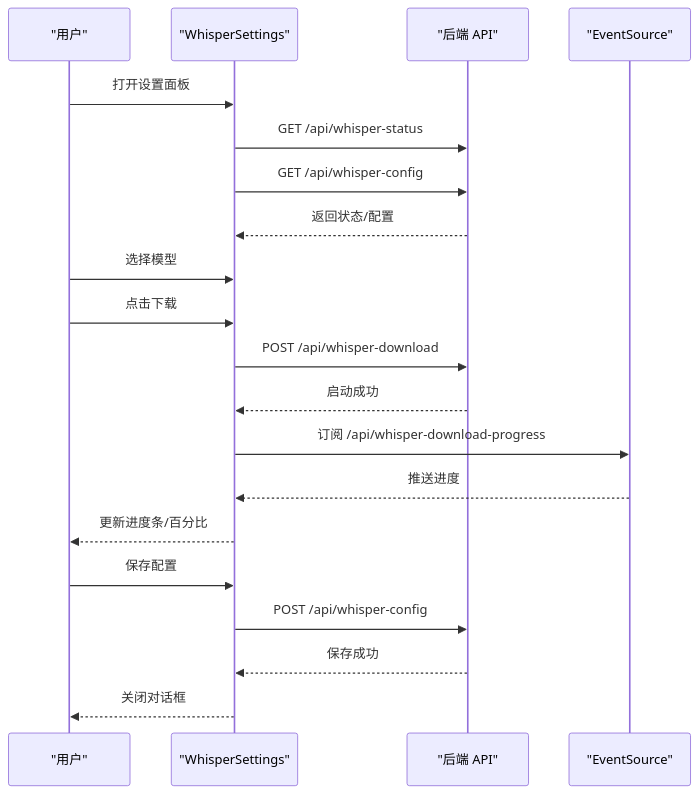
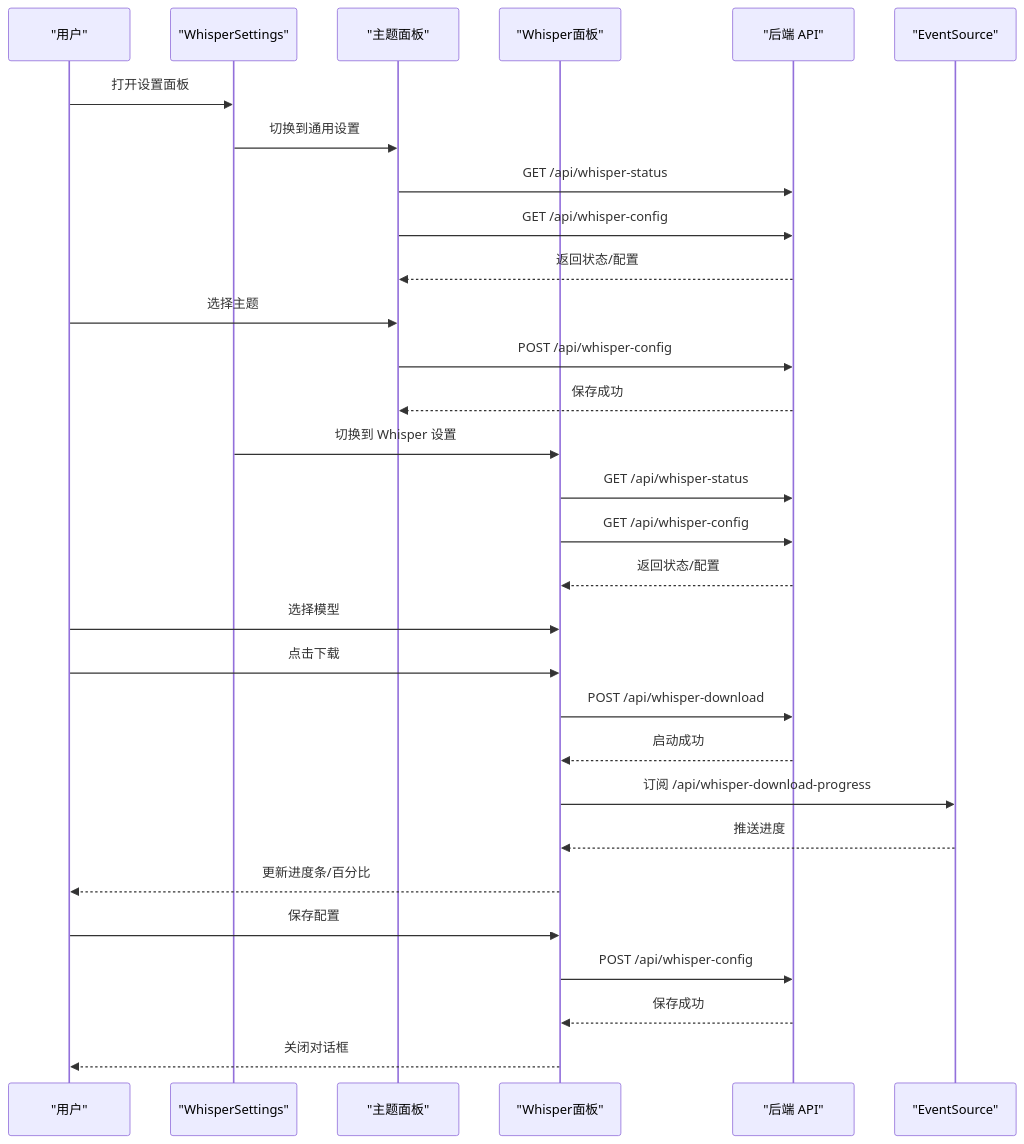
Before and after one commit to clawbotai/memo-flow: the eighth of 17 diagrams in .qoder/repowiki/zh/content/UI 组件系统/UI 组件系统.md, drawn with Mermaid. The commit also changed other lines of this file and 14 other files, not shown here.

````diff
--- a/.qoder/repowiki/zh/content/UI 组件系统/UI 组件系统.md
+++ b/.qoder/repowiki/zh/content/UI 组件系统/UI 组件系统.md
@@ -485,22 +503,32 @@
 ```mermaid
 sequenceDiagram
 participant U as "用户"
 participant WS as "WhisperSettings"
+participant TP as "主题面板"
+participant WP as "Whisper面板"
 participant API as "后端 API"
 participant ES as "EventSource"
 U->>WS : 打开设置面板
-WS->>API : GET /api/whisper-status
-WS->>API : GET /api/whisper-config
-API-->>WS : 返回状态/配置
-U->>WS : 选择模型
-U->>WS : 点击下载
-WS->>API : POST /api/whisper-download
-API-->>WS : 启动成功
-WS->>ES : 订阅 /api/whisper-download-progress
-ES-->>WS : 推送进度
-WS-->>U : 更新进度条/百分比
-U->>WS : 保存配置
-WS->>API : POST /api/whisper-config
-API-->>WS : 保存成功
-WS-->>U : 关闭对话框
+WS->>TP : 切换到通用设置
+TP->>API : GET /api/whisper-status
+TP->>API : GET /api/whisper-config
+API-->>TP : 返回状态/配置
+U->>TP : 选择主题
+TP->>API : POST /api/whisper-config
+API-->>TP : 保存成功
+WS->>WP : 切换到 Whisper 设置
+WP->>API : GET /api/whisper-status
+WP->>API : GET /api/whisper-config
+API-->>WP : 返回状态/配置
+U->>WP : 选择模型
+U->>WP : 点击下载
+WP->>API : POST /api/whisper-download
+API-->>WP : 启动成功
+WP->>ES : 订阅 /api/whisper-download-progress
+ES-->>WP : 推送进度
+WP-->>U : 更新进度条/百分比
+U->>WP : 保存配置
+WP->>API : POST /api/whisper-config
+API-->>WP : 保存成功
+WP-->>U : 关闭对话框
 ```
````
